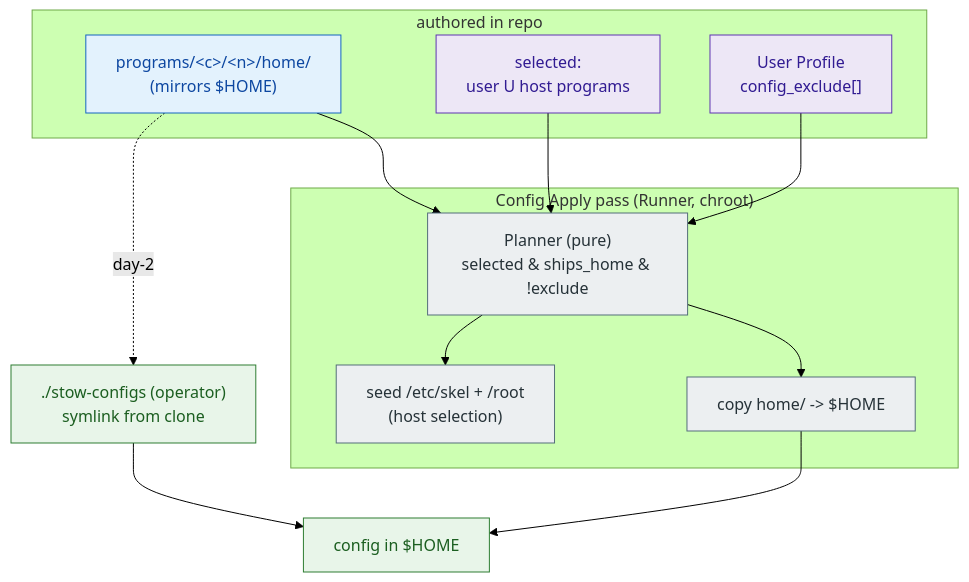
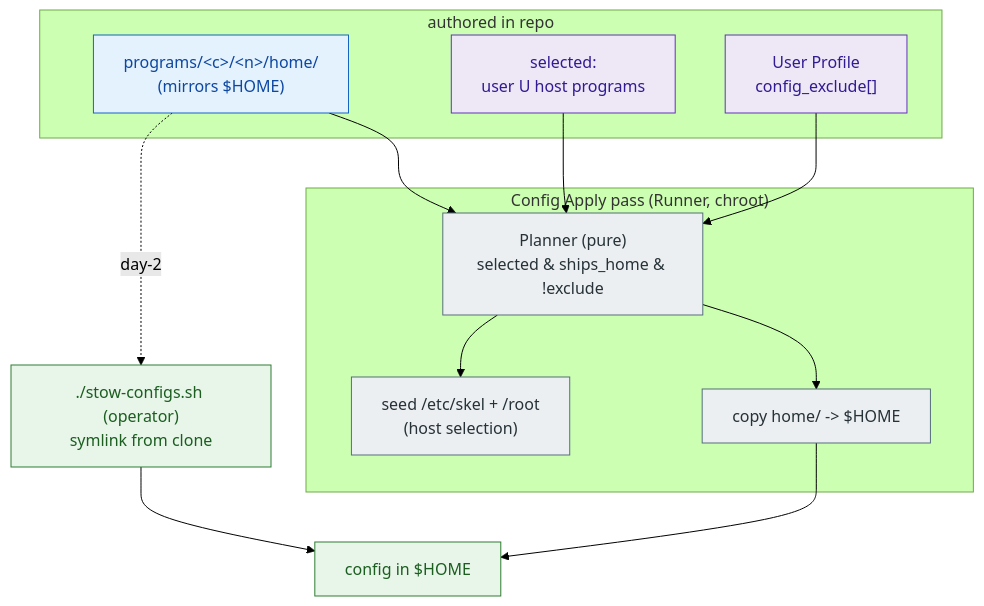
One commit to Aquastias/Arch-Dotfiles changed the fourth of 4 diagrams in .installer/ARCHITECTURE.md. Above: the diagram before and after it, drawn with Mermaid (forest theme). The commit also changed other lines of this file and 10 other files, not shown here.

````diff
--- a/.installer/ARCHITECTURE.md
+++ b/.installer/ARCHITECTURE.md
@@ -279,30 +279,30 @@
 ```mermaid
 flowchart TD
   classDef src fill:#e3f2fd,stroke:#1565c0,color:#0d47a1
   classDef sel fill:#ede7f6,stroke:#5e35b1,color:#311b92
   classDef proc fill:#eceff1,stroke:#546e7a,color:#263238
   classDef out fill:#e8f5e9,stroke:#2e7d32,color:#1b5e20
   classDef leg fill:#fff3e0,stroke:#ef6c00,color:#e65100
 
   subgraph AUTH["authored in repo"]
     HSRC["programs/&lt;c&gt;/&lt;n&gt;/home/<br/>(mirrors $HOME)"]:::src
     SEL["selected:<br/>user U host programs"]:::sel
     EXCL["User Profile<br/>config_exclude[]"]:::sel
   end
 
   subgraph PASS["Config Apply pass (Runner, chroot)"]
     PLAN["Planner (pure)<br/>selected & ships_home & !exclude"]:::proc
     CP["copy home/ -> $HOME"]:::proc
     SKEL["seed /etc/skel + /root<br/>(host selection)"]:::proc
   end
 
-  DAY2["./stow-configs (operator)<br/>symlink from clone"]:::out
+  DAY2["./stow-configs.sh (operator)<br/>symlink from clone"]:::out
   HOMEOUT["config in $HOME"]:::out
 
   HSRC-->PLAN
   SEL-->PLAN
   EXCL-->PLAN
   PLAN-->CP-->HOMEOUT
   PLAN-->SKEL
   HSRC-.day-2.->DAY2-->HOMEOUT
 ```
````
